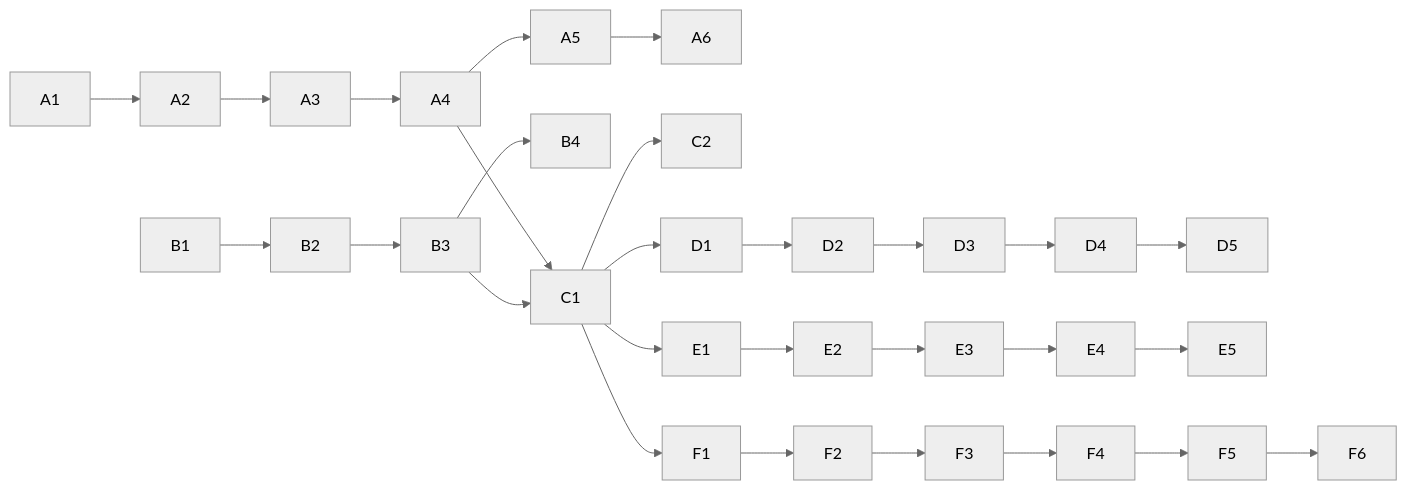
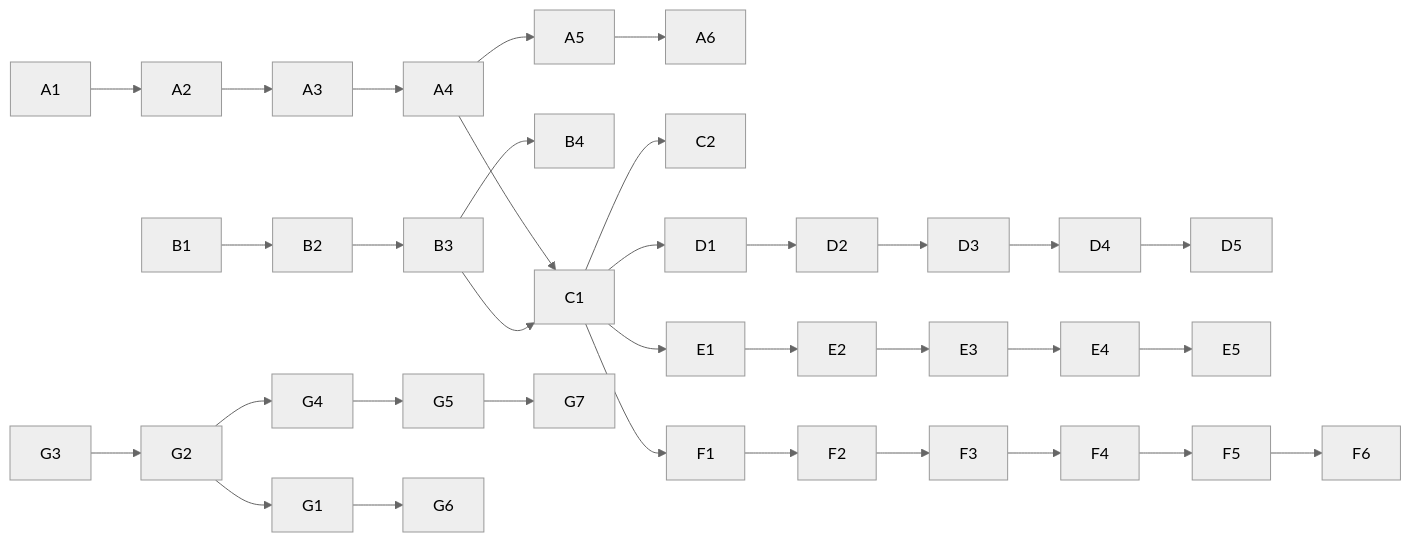
Before and after one commit to augustynski-lukasz/ytahd: the diagram in docs/PLAN.md, drawn with Mermaid (neutral theme). The commit also changed other lines of this file and 10 other files, not shown here.

First line of the commit message:
Docs: architecture review 1 + refactoring plan (Workstream G, ADRs CR-20260913-03..07, TD-20260913-01/02)

````diff
--- a/docs/PLAN.md
+++ b/docs/PLAN.md
@@ -439,11 +525,14 @@
 ```mermaid
 graph LR
     A1 --> A2 --> A3 --> A4 --> A5 --> A6
     B1 --> B2 --> B3 --> B4
     A4 --> C1
     B3 --> C1
     C1 --> C2
     C1 --> D1 --> D2 --> D3 --> D4 --> D5
     C1 --> E1 --> E2 --> E3 --> E4 --> E5
     C1 --> F1 --> F2 --> F3 --> F4 --> F5 --> F6
+    G3 --> G2 --> G4 --> G5 --> G7
+    G2 --> G1
+    G1 --> G6
 ```
````
